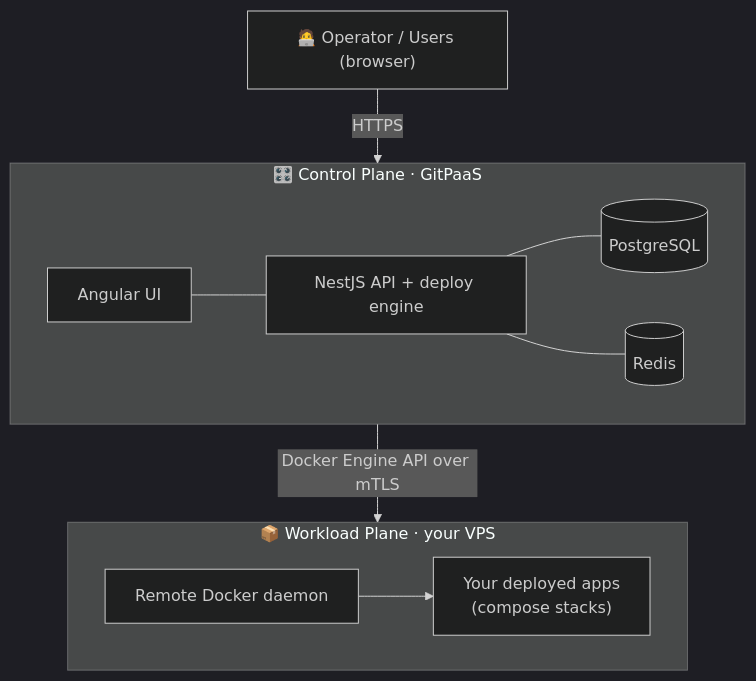
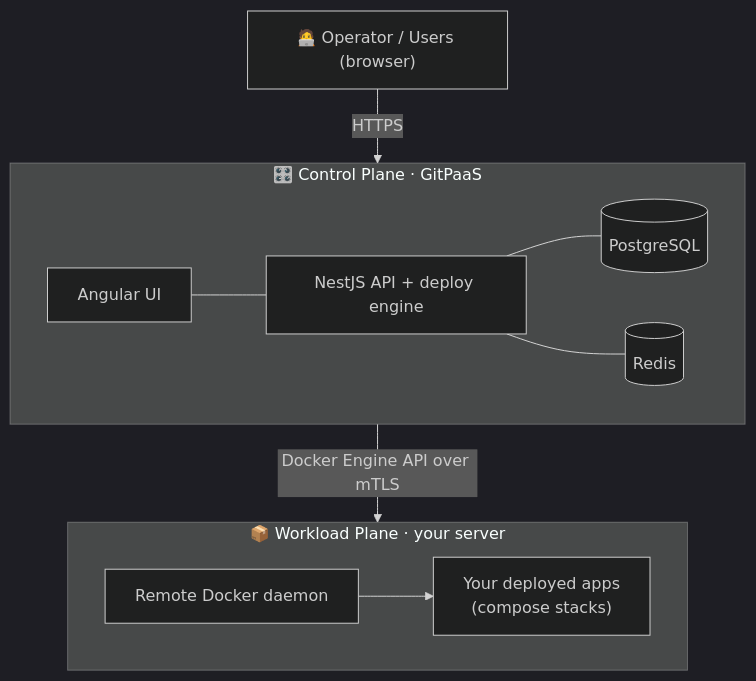
The diagram in README.md (GitOpsLovers/gitpaas), drawn with Mermaid (dark theme) before and after one commit. The commit also changed other lines of this file and 43 other files, not shown here.

Commit message:
feat: change vps concept by server

````diff
--- a/README.md
+++ b/README.md
@@ -59,16 +59,16 @@
 ```mermaid
 flowchart TD
     U["🧑‍💻 Operator / Users (browser)"] -->|HTTPS| CP
 
     subgraph CP["🎛️ Control Plane · GitPaaS"]
         FE["Angular UI"] --- BE["NestJS API + deploy engine"]
         BE --- PG[("PostgreSQL")]
         BE --- RD[("Redis")]
     end
 
     CP -->|"Docker Engine API over mTLS"| WP
 
-    subgraph WP["📦 Workload Plane · your VPS"]
+    subgraph WP["📦 Workload Plane · your server"]
         DK["Remote Docker daemon"] --> APPS["Your deployed apps<br/>(compose stacks)"]
     end
 ```
````
